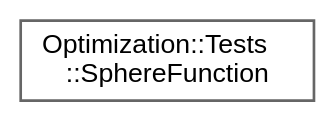
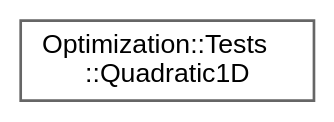
The diagram in inherit_graph_25.dot (jswoo0615/Algorithms_for_Optimization_cpp), drawn with Graphviz before and after one commit. The commit also changed 52 other files, not shown here.

```diff
--- a/inherit_graph_25.dot
+++ b/inherit_graph_25.dot
@@ -1,9 +1,9 @@
 digraph "Graphical Class Hierarchy"
 {
  // LATEX_PDF_SIZE
   bgcolor="transparent";
   edge [fontname=Helvetica,fontsize=10,labelfontname=Helvetica,labelfontsize=10];
   node [fontname=Helvetica,fontsize=10,shape=box,height=0.2,width=0.4];
   rankdir="LR";
-  Node0 [id="Node000000",label="Optimization::Tests\l::SphereFunction",height=0.2,width=0.4,color="grey40", fillcolor="white", style="filled",URL="$structOptimization_1_1Tests_1_1SphereFunction.html",tooltip=" "];
+  Node0 [id="Node000000",label="Optimization::Tests\l::Quadratic1D",height=0.2,width=0.4,color="grey40", fillcolor="white", style="filled",URL="$structOptimization_1_1Tests_1_1Quadratic1D.html",tooltip="1차원 2차 함수 (Quadratic Function) f(x) = (x - 3.0)^2 전역 최적점: x* = 3.0, f(x*) = 0.0"];
 }
```
